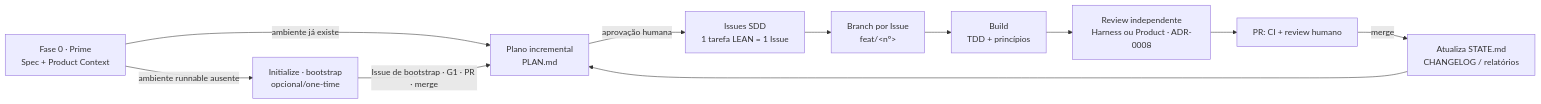
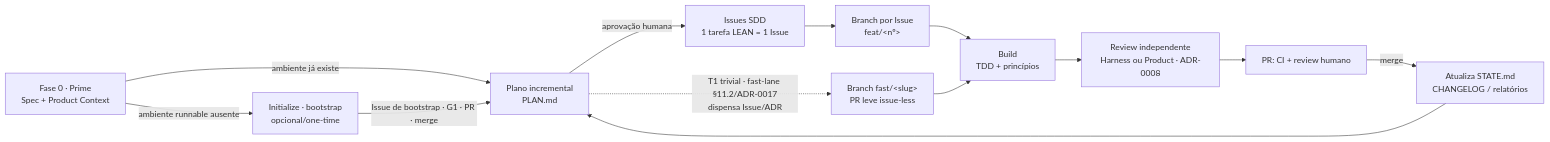
One commit to isaiane/OrionHarness changed the diagram in README.md. Above: the diagram before and after it, drawn with Mermaid. The commit also changed other lines of this file and 11 other files, not shown here.

First line of the commit message:
docs(fast-lane): refinamentos deferidos da T5.1 — predicado/checklists/Mermaid/lane (#89)

````diff
--- a/README.md
+++ b/README.md
@@ -49,13 +49,15 @@
 ```mermaid
 flowchart LR
     P[Fase 0 · Prime<br/>Spec + Product Context] -->|ambiente runnable ausente| I[Initialize · bootstrap<br/>opcional/one-time]
     P -->|ambiente já existe| A
     I -->|Issue de bootstrap · G1 · PR · merge| A
     A[Plano incremental<br/>PLAN.md] -->|aprovação humana| B[Issues SDD<br/>1 tarefa LEAN = 1 Issue]
+    A -.->|T1 trivial · fast-lane §11.2/ADR-0017<br/>dispensa Issue/ADR| FL[Branch fast/&lt;slug&gt;<br/>PR leve issue-less]
     B --> C[Branch por Issue<br/>feat/&lt;nº&gt;]
     C --> D[Build<br/>TDD + princípios]
+    FL --> D
     D --> E[Review independente<br/>Harness ou Product · ADR-0008]
     E --> F[PR: CI + review humano]
     F -->|merge| G[Atualiza STATE.md<br/>CHANGELOG / relatórios]
     G --> A
 ```
````
